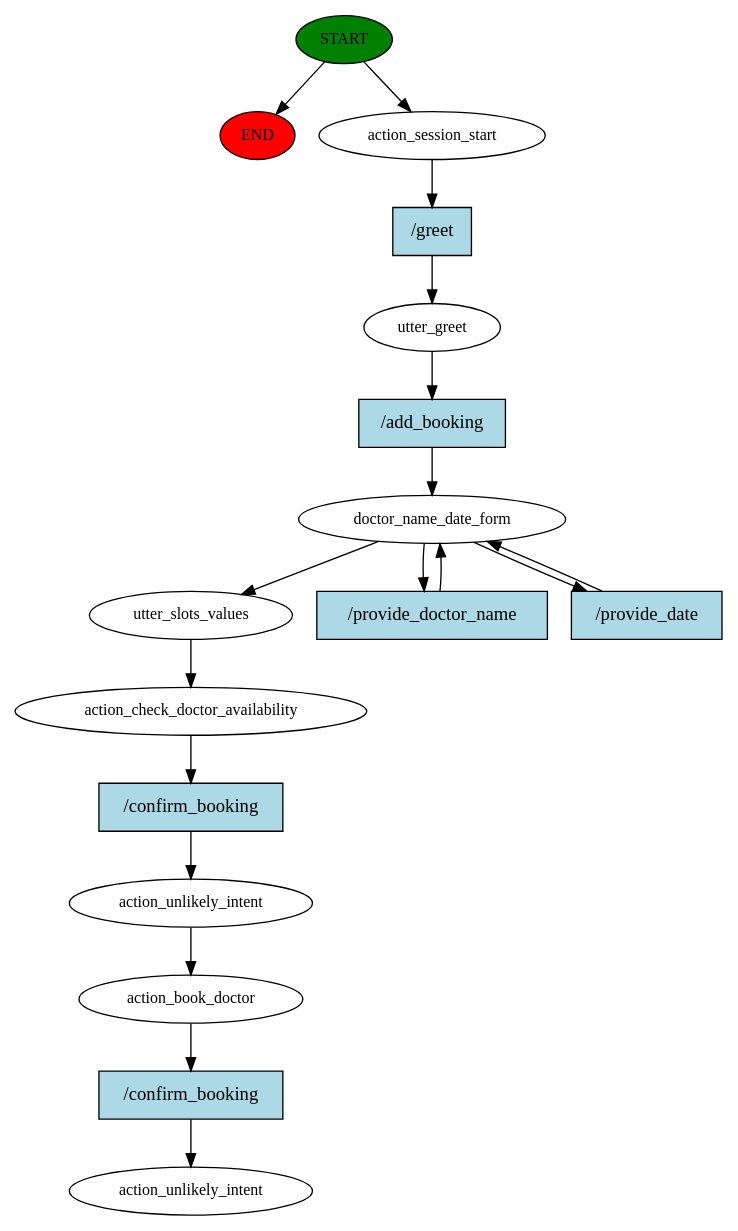
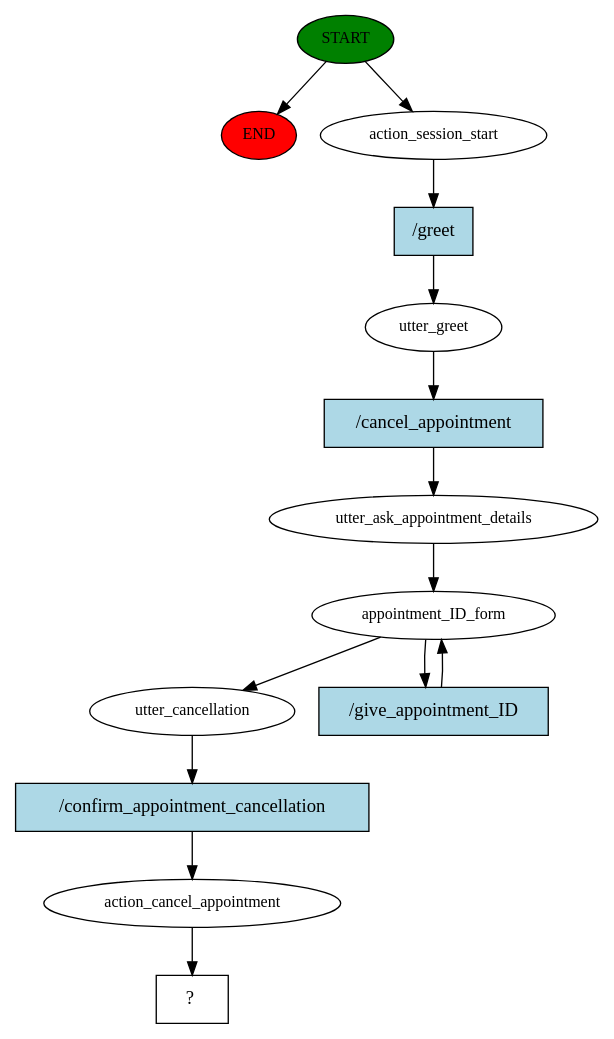
Before and after one commit to RuwanUdayanga/Chatbot3.0: the diagram in story_graph.dot, drawn with Graphviz. The commit also changed 275 other files, not shown here.

Commit message:
Add booking cancellation.

```diff
--- a/story_graph.dot
+++ b/story_graph.dot
@@ -1,35 +1,28 @@
 digraph  {
 0 [class="start active", fillcolor=green, fontsize=12, label=START, style=filled];
 "-1" [class=end, fillcolor=red, fontsize=12, label=END, style=filled];
 1 [class=active, fontsize=12, label=action_session_start];
 2 [class=active, fontsize=12, label=utter_greet];
-3 [class=active, fontsize=12, label=doctor_name_date_form];
-6 [class=active, fontsize=12, label=utter_slots_values];
-7 [class=active, fontsize=12, label=action_check_doctor_availability];
-8 [class=active, fontsize=12, label=action_unlikely_intent];
-9 [class=active, fontsize=12, label=action_book_doctor];
-10 [class="dashed active", fontsize=12, label=action_unlikely_intent];
-11 [class="intent active", fillcolor=lightblue, label="/greet", shape=rect, style=filled];
-12 [class="intent active", fillcolor=lightblue, label="/add_booking", shape=rect, style=filled];
-13 [class="intent active", fillcolor=lightblue, label="/provide_doctor_name", shape=rect, style=filled];
-14 [class="intent active", fillcolor=lightblue, label="/provide_date", shape=rect, style=filled];
-15 [class="intent active", fillcolor=lightblue, label="/confirm_booking", shape=rect, style=filled];
-16 [class="intent active", fillcolor=lightblue, label="/confirm_booking", shape=rect, style=filled];
+3 [class=active, fontsize=12, label=utter_ask_appointment_details];
+4 [class=active, fontsize=12, label=appointment_ID_form];
+6 [class=active, fontsize=12, label=utter_cancellation];
+7 [class=active, fontsize=12, label=action_cancel_appointment];
+8 [class="intent dashed active", label="  ?  ", shape=rect];
+9 [class="intent active", fillcolor=lightblue, label="/greet", shape=rect, style=filled];
+10 [class="intent active", fillcolor=lightblue, label="/cancel_appointment", shape=rect, style=filled];
+11 [class="intent active", fillcolor=lightblue, label="/give_appointment_ID", shape=rect, style=filled];
+12 [class="intent active", fillcolor=lightblue, label="/confirm_appointment_cancellation", shape=rect, style=filled];
 0 -> "-1"  [class="", key=NONE, label=""];
 0 -> 1  [class=active, key=NONE, label=""];
-1 -> 11  [class=active, key=0];
-2 -> 12  [class=active, key=0];
-3 -> 6  [class=active, key=NONE, label=""];
-3 -> 13  [class=active, key=0];
-3 -> 14  [class=active, key=0];
-6 -> 7  [class=active, key=NONE, label=""];
-7 -> 15  [class=active, key=0];
-8 -> 9  [class=active, key=NONE, label=""];
-9 -> 16  [class=active, key=0];
-11 -> 2  [class=active, key=0];
-12 -> 3  [class=active, key=0];
-13 -> 3  [class=active, key=0];
-14 -> 3  [class=active, key=0];
-15 -> 8  [class=active, key=0];
-16 -> 10  [class=active, key=0];
+1 -> 9  [class=active, key=0];
+2 -> 10  [class=active, key=0];
+3 -> 4  [class=active, key=NONE, label=""];
+4 -> 6  [class=active, key=NONE, label=""];
+4 -> 11  [class=active, key=0];
+6 -> 12  [class=active, key=0];
+7 -> 8  [class=active, key=NONE, label=""];
+9 -> 2  [class=active, key=0];
+10 -> 3  [class=active, key=0];
+11 -> 4  [class=active, key=0];
+12 -> 7  [class=active, key=0];
 }
```
